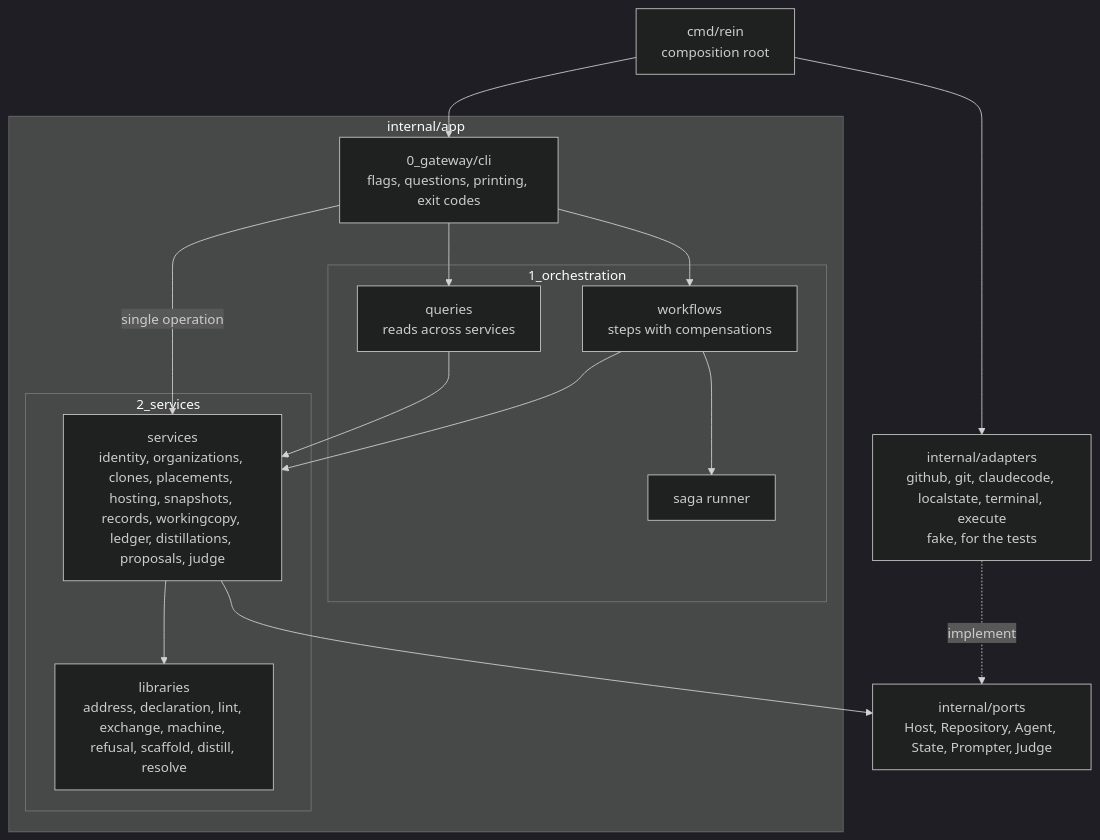
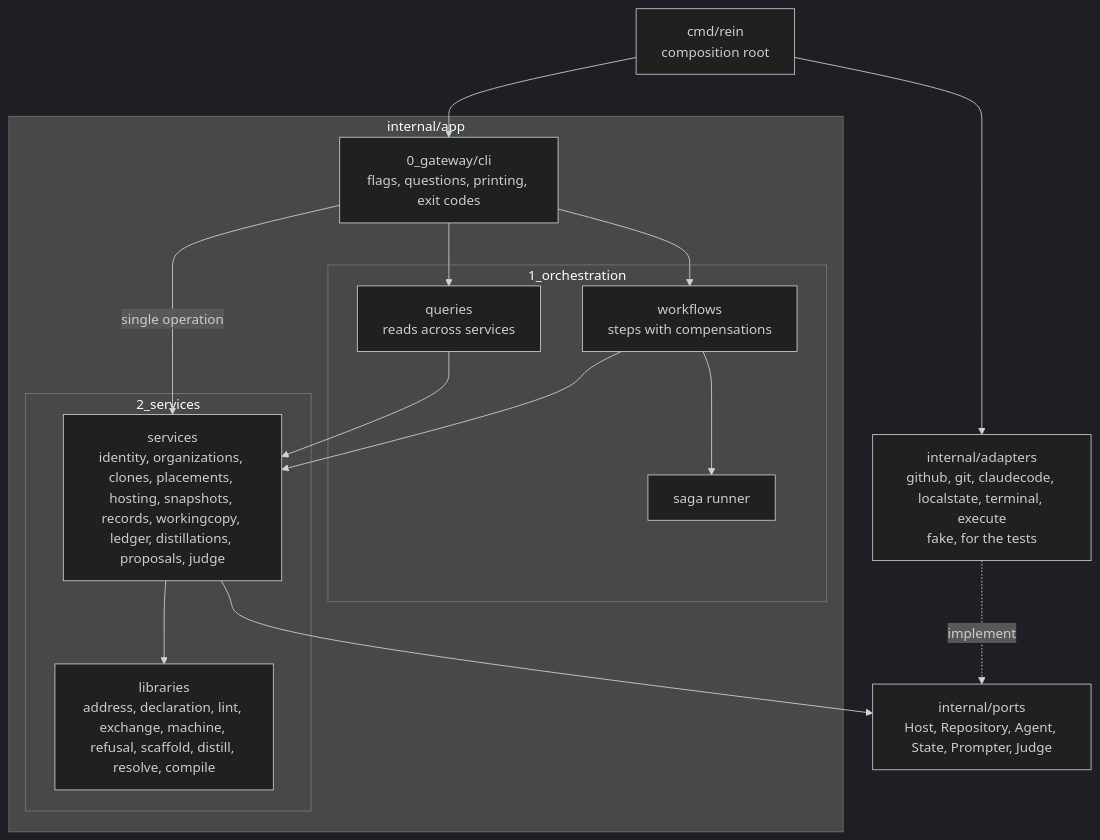
The diagram in docs/architecture.md (Danidani23/agents-rein), drawn with Mermaid (dark theme) before and after one commit. The commit also changed other lines of this file and 33 other files, not shown here.

````diff
--- a/docs/architecture.md
+++ b/docs/architecture.md
@@ -18,30 +18,30 @@
 ```mermaid
 flowchart TB
     main["cmd/rein<br/>composition root"]
     subgraph app["internal/app"]
         gateway["0_gateway/cli<br/>flags, questions, printing, exit codes"]
         subgraph orchestration["1_orchestration"]
             workflows["workflows<br/>steps with compensations"]
             queries["queries<br/>reads across services"]
             runner["saga runner"]
         end
         subgraph services["2_services"]
             svc["services<br/>identity, organizations, clones, placements, hosting, snapshots, records, workingcopy, ledger, distillations, proposals, judge"]
-            libs["libraries<br/>address, declaration, lint, exchange, machine, refusal, scaffold, distill, resolve"]
+            libs["libraries<br/>address, declaration, lint, exchange, machine, refusal, scaffold, distill, resolve, compile"]
         end
     end
     ports["internal/ports<br/>Host, Repository, Agent, State, Prompter, Judge"]
     adapters["internal/adapters<br/>github, git, claudecode, localstate, terminal, execute<br/>fake, for the tests"]
 
     main --> gateway
     main --> adapters
     gateway --> workflows
     gateway --> queries
     gateway -- "single operation" --> svc
     workflows --> runner
     workflows --> svc
     queries --> svc
     svc --> ports
     svc --> libs
     adapters -. implement .-> ports
 ```
````
